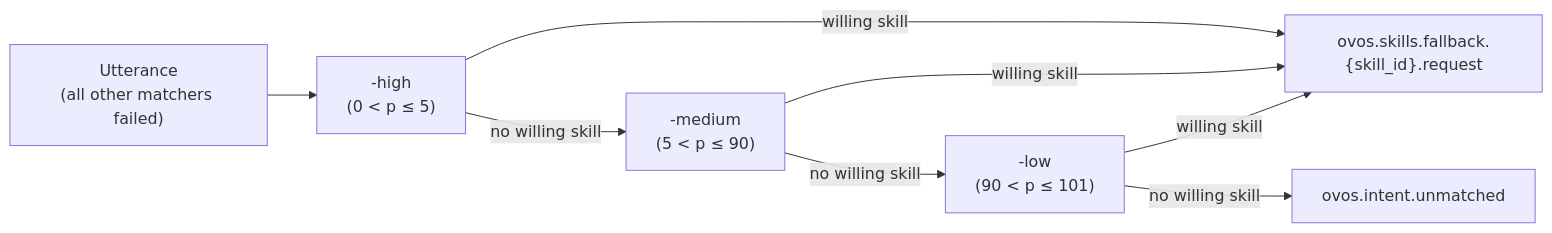
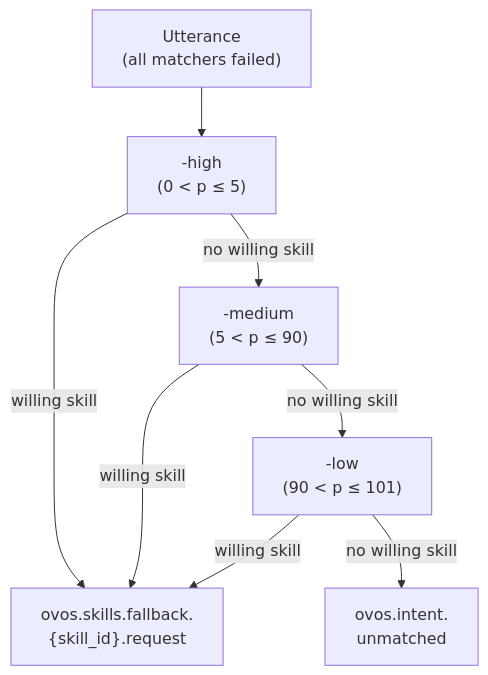
The diagram in docs/fallback-pipeline.md (OpenVoiceOS/beta-technical-manual), drawn with Mermaid before and after one commit. The commit also changed 19 other files, not shown here.

First line of the commit message:
docs: fit diagrams to the content column; arena live URL

````diff
--- a/docs/fallback-pipeline.md
+++ b/docs/fallback-pipeline.md
@@ -54,10 +54,10 @@
 ```mermaid
-flowchart LR
-    U["Utterance\n(all other matchers failed)"] --> H["-high\n(0 < p ≤ 5)"]
-    H -- no willing skill --> M["-medium\n(5 < p ≤ 90)"]
-    M -- no willing skill --> L["-low\n(90 < p ≤ 101)"]
-    H -- willing skill --> D["ovos.skills.fallback.{skill_id}.request"]
+flowchart TD
+    U["Utterance<br/>(all matchers failed)"] --> H["-high<br/>(0 < p ≤ 5)"]
+    H -- no willing skill --> M["-medium<br/>(5 < p ≤ 90)"]
+    M -- no willing skill --> L["-low<br/>(90 < p ≤ 101)"]
+    H -- willing skill --> D["ovos.skills.fallback.<br/>{skill_id}.request"]
     M -- willing skill --> D
     L -- willing skill --> D
-    L -- no willing skill --> N["ovos.intent.unmatched"]
+    L -- no willing skill --> N["ovos.intent.<br/>unmatched"]
 ```
````
